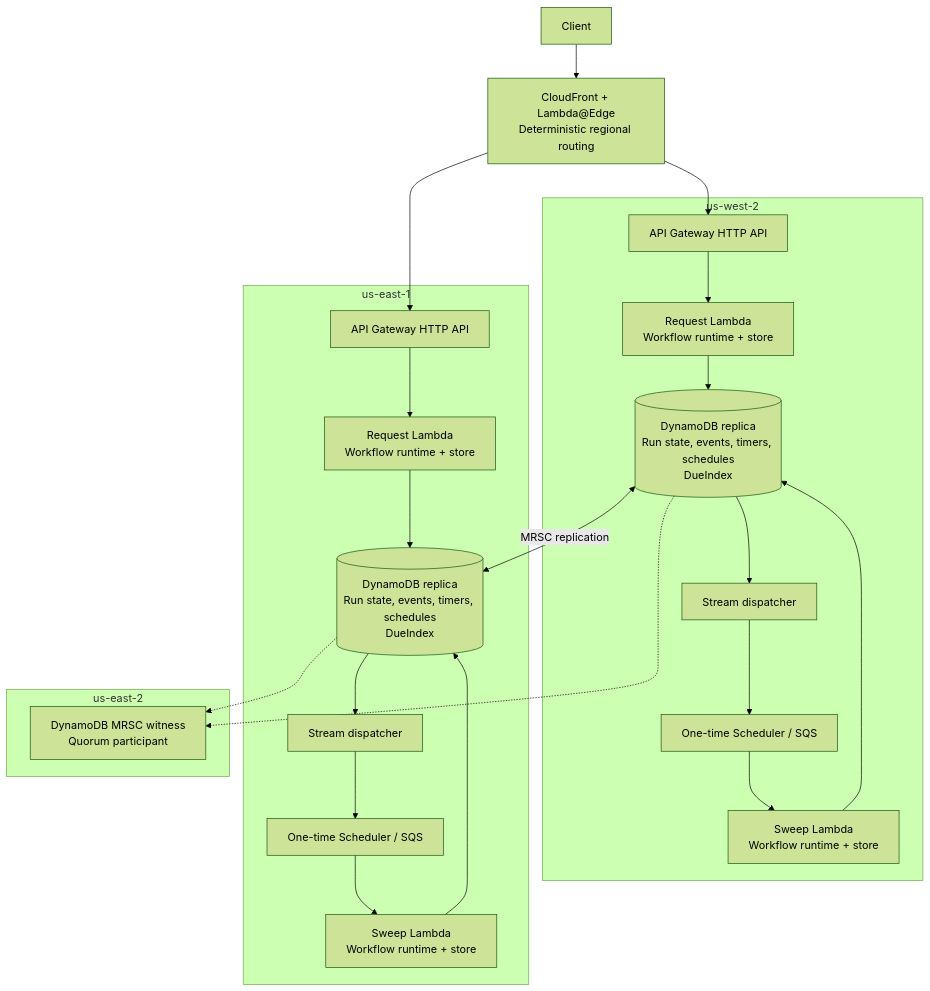
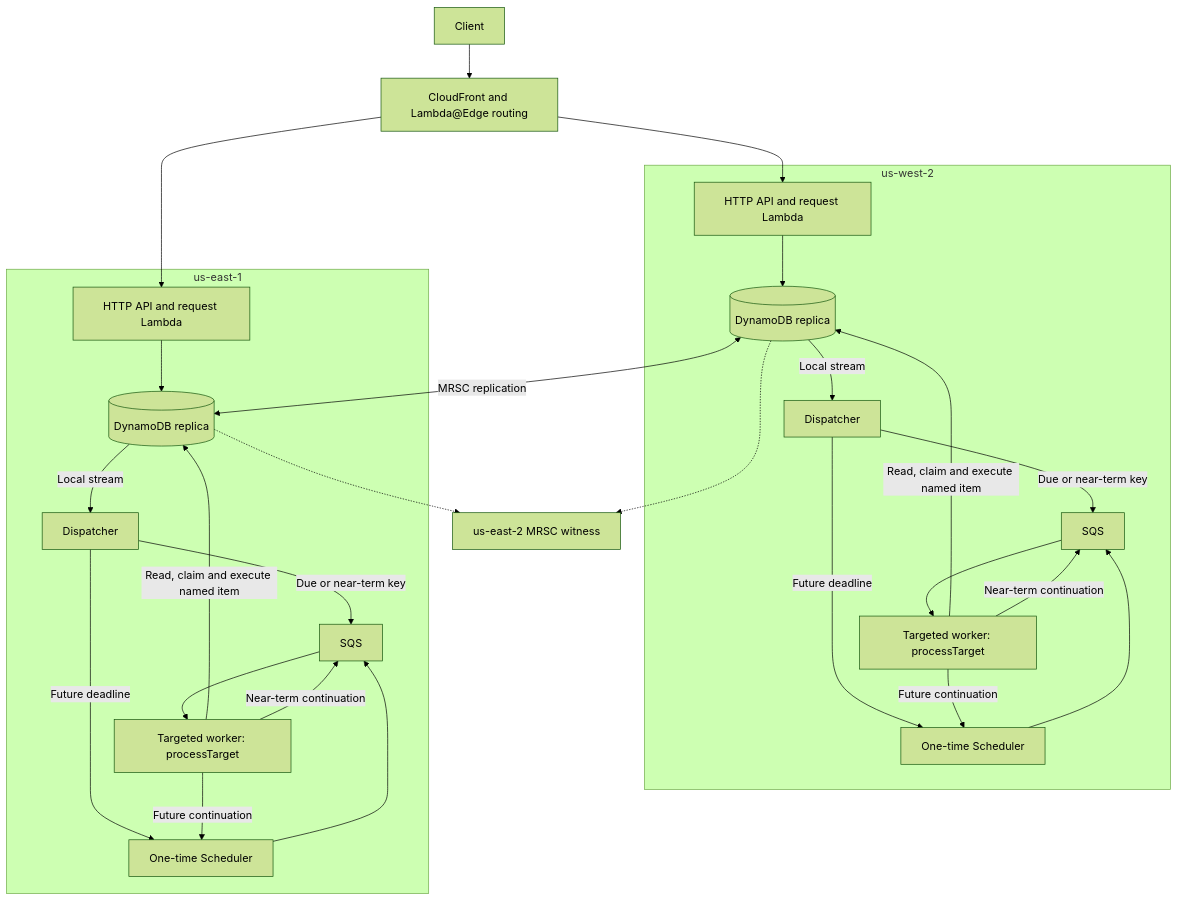
Before and after one commit to ataylorme/tanstack-workflow-aws: the diagram in README.md, drawn with Mermaid (forest theme). The commit also changed other lines of this file and 16 other files, not shown here.

First line of the commit message:
Process workflow wakeups with targeted claims instead of broad sweeps

````diff
--- a/README.md
+++ b/README.md
@@ -13,32 +13,32 @@
 ```mermaid
 flowchart TB
-    client["Client"] --> edge["CloudFront + Lambda@Edge<br/>Deterministic regional routing"]
-
+    client["Client"] --> edge["CloudFront and Lambda@Edge routing"]
     subgraph west["us-west-2"]
-        westApi["API Gateway HTTP API"] --> westWorker["Request Lambda<br/>Workflow runtime + store"]
-        westTable --> westDispatch["Stream dispatcher"]
-        westDispatch --> westSchedule["One-time Scheduler / SQS"]
-        westSchedule --> westSweep["Sweep Lambda<br/>Workflow runtime + store"]
-        westWorker --> westTable[("DynamoDB replica<br/>Run state, events, timers, schedules<br/>DueIndex")]
-        westSweep --> westTable
+        westApi["HTTP API and request Lambda"] --> westTable[("DynamoDB replica")]
+        westTable -->|"Local stream"| westDispatch["Dispatcher"]
+        westDispatch -->|"Due or near-term key"| westQueue["SQS"]
+        westDispatch -->|"Future deadline"| westSchedule["One-time Scheduler"]
+        westSchedule --> westQueue
+        westQueue --> westWorker["Targeted worker: processTarget"]
+        westWorker -->|"Read, claim and execute named item"| westTable
+        westWorker -->|"Near-term continuation"| westQueue
+        westWorker -->|"Future continuation"| westSchedule
     end
-
     subgraph east["us-east-1"]
-        eastApi["API Gateway HTTP API"] --> eastWorker["Request Lambda<br/>Workflow runtime + store"]
-        eastTable --> eastDispatch["Stream dispatcher"]
-        eastDispatch --> eastSchedule["One-time Scheduler / SQS"]
-        eastSchedule --> eastSweep["Sweep Lambda<br/>Workflow runtime + store"]
-        eastWorker --> eastTable[("DynamoDB replica<br/>Run state, events, timers, schedules<br/>DueIndex")]
-        eastSweep --> eastTable
+        eastApi["HTTP API and request Lambda"] --> eastTable[("DynamoDB replica")]
+        eastTable -->|"Local stream"| eastDispatch["Dispatcher"]
+        eastDispatch -->|"Due or near-term key"| eastQueue["SQS"]
+        eastDispatch -->|"Future deadline"| eastSchedule["One-time Scheduler"]
+        eastSchedule --> eastQueue
+        eastQueue --> eastWorker["Targeted worker: processTarget"]
+        eastWorker -->|"Read, claim and execute named item"| eastTable
+        eastWorker -->|"Near-term continuation"| eastQueue
+        eastWorker -->|"Future continuation"| eastSchedule
     end
-
-    subgraph ohio["us-east-2"]
-        witness["DynamoDB MRSC witness<br/>Quorum participant"]
-    end
-
+    witness["us-east-2 MRSC witness"]
     edge --> westApi
     edge --> eastApi
-    westTable <-->|MRSC replication| eastTable
+    westTable <-->|"MRSC replication"| eastTable
     westTable -.-> witness
     eastTable -.-> witness
 ```
````
